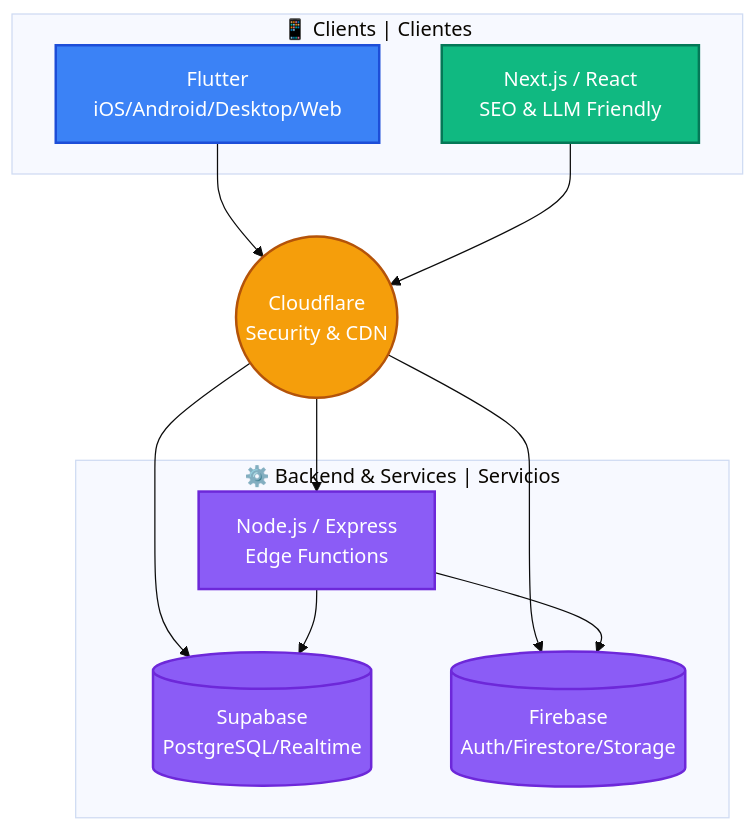
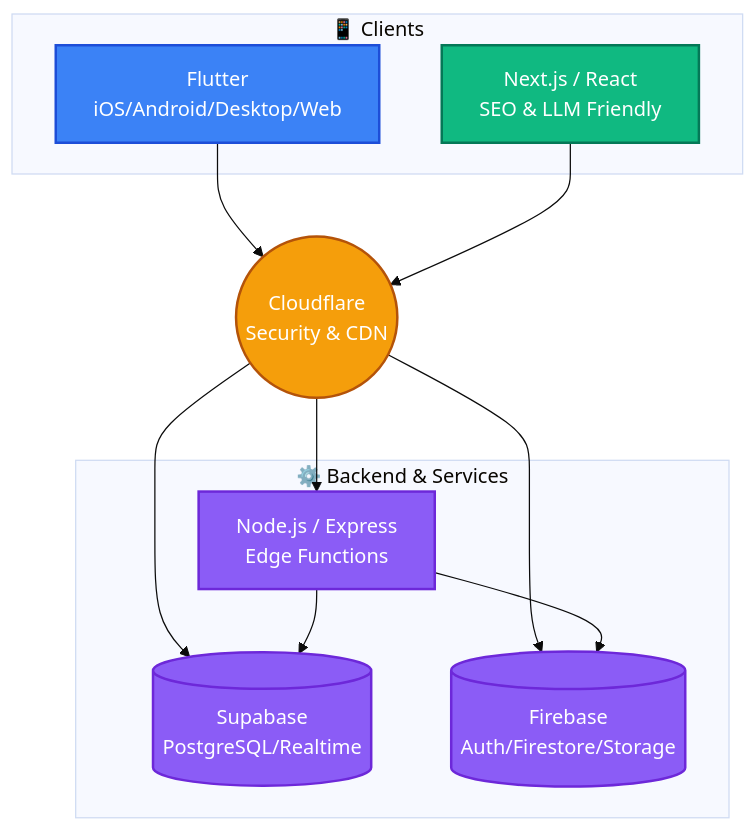
One commit to wileverg/wileverg changed the first of 2 diagrams in README.md. Above: the diagram before and after it, drawn with Mermaid (base theme). The commit also changed other lines of this file and 1 other file, not shown here.

````diff
--- a/README.md
+++ b/README.md
@@ -33,32 +36,28 @@
 ```mermaid
 graph TD
-    %% Styling
     classDef frontend fill:#3b82f6,stroke:#1d4ed8,stroke-width:2px,color:#fff
     classDef web fill:#10b981,stroke:#047857,stroke-width:2px,color:#fff
     classDef edge fill:#f59e0b,stroke:#b45309,stroke-width:2px,color:#fff
     classDef backend fill:#8b5cf6,stroke:#6d28d9,stroke-width:2px,color:#fff
 
-    %% Components
-    subgraph Clients ["📱 Clients | Clientes"]
+    subgraph Clients ["📱 Clients"]
         F[Flutter<br/>iOS/Android/Desktop/Web]:::frontend
         N[Next.js / React<br/>SEO & LLM Friendly]:::web
     end
 
     CF((Cloudflare<br/>Security & CDN)):::edge
 
-    subgraph BackendServices ["⚙️ Backend & Services | Servicios"]
+    subgraph BackendServices ["⚙️ Backend & Services"]
         S[(Supabase<br/>PostgreSQL/Realtime)]:::backend
         FB[(Firebase<br/>Auth/Firestore/Storage)]:::backend
         E[Node.js / Express<br/>Edge Functions]:::backend
     end
 
-    %% Flow
     F --> CF
     N --> CF
-
     CF --> S
     CF --> FB
     CF --> E
     E --> S
     E --> FB
 ```
````
